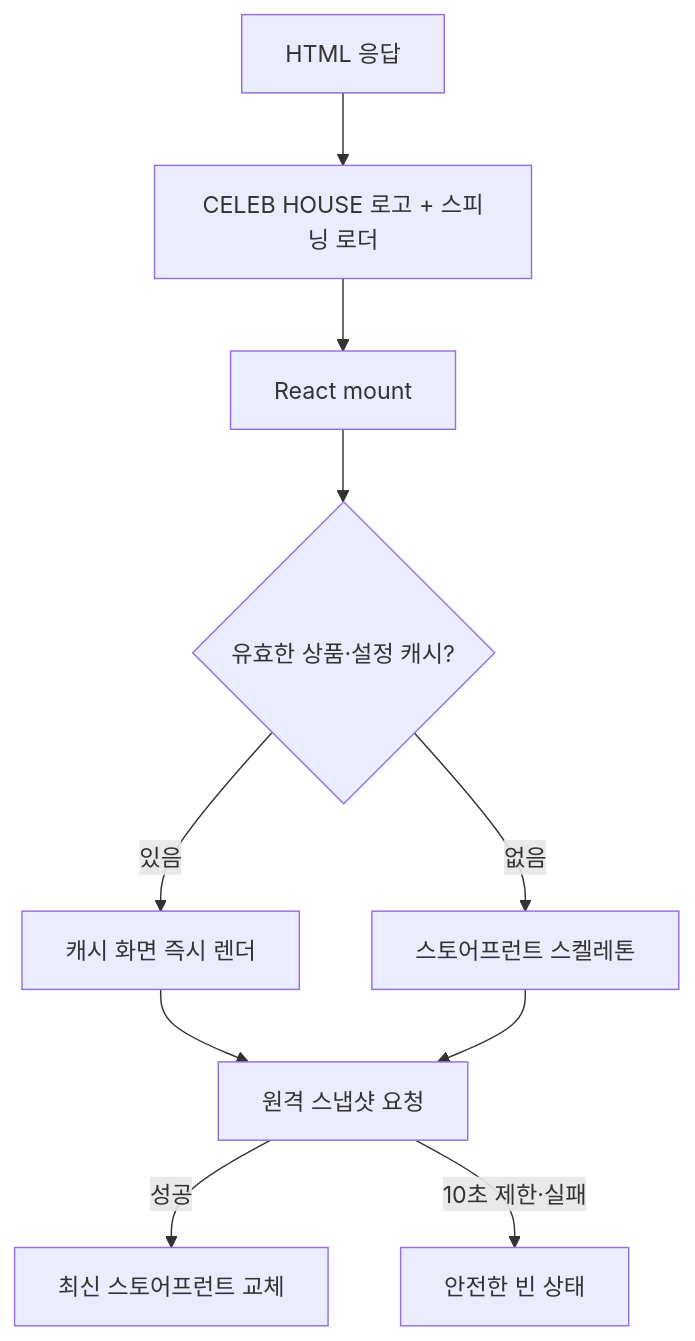
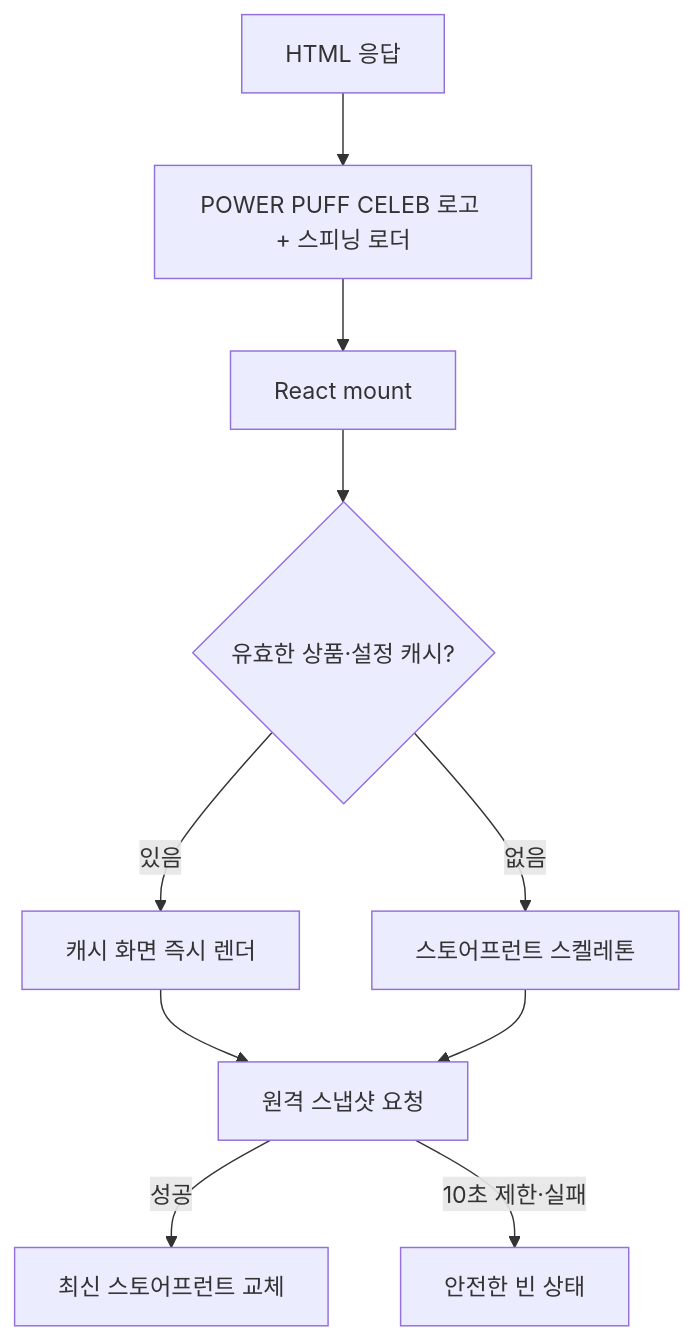
Before and after one commit to hwangsanghan0519/blog: the seventh of 14 diagrams in README.md, drawn with Mermaid. The commit also changed other lines of this file and 35 other files, not shown here.

Commit message:
Rebrand storefront and SEO as Power Puff Celeb

````diff
--- a/README.md
+++ b/README.md
@@ -234,12 +234,12 @@
 ```mermaid
 flowchart TD
-  A[HTML 응답] --> A1[CELEB HOUSE 로고 + 스피닝 로더]
+  A[HTML 응답] --> A1[POWER PUFF CELEB 로고 + 스피닝 로더]
   A1 --> A2[React mount]
   A2 --> B{유효한 상품·설정 캐시?}
   B -->|있음| C[캐시 화면 즉시 렌더]
   B -->|없음| D[스토어프런트 스켈레톤]
   C --> E[원격 스냅샷 요청]
   D --> E
   E -->|성공| F[최신 스토어프런트 교체]
   E -->|10초 제한·실패| G[안전한 빈 상태]
 ```
````
